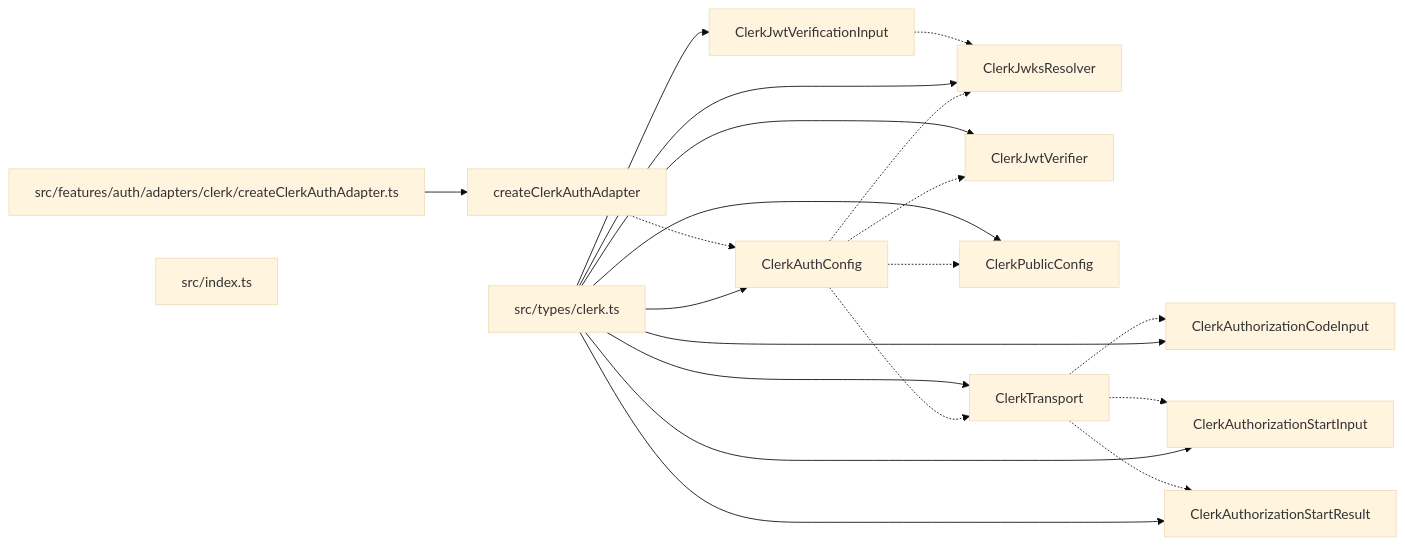
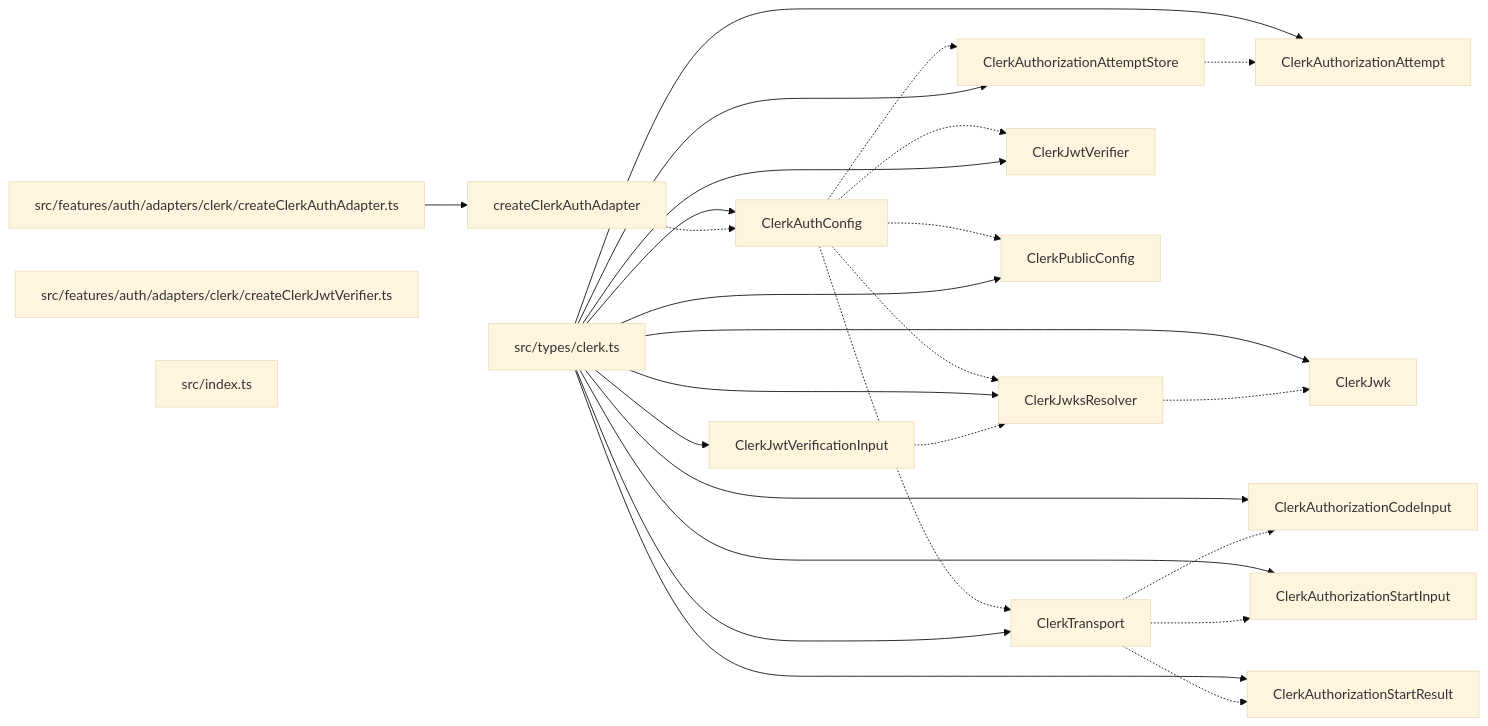
The diagram in paradox/diagrams/export-graph.mmd (ankhorage/auth-clerk), drawn with Mermaid (base theme) before and after one commit. The commit also changed 11 other files, not shown here.

```diff
--- a/paradox/diagrams/export-graph.mmd
+++ b/paradox/diagrams/export-graph.mmd
@@ -1,33 +1,43 @@
 graph LR
   module_src_features_auth_adapters_clerk_createClerkAuthAdapter_ts["src/features/auth/adapters/clerk/createClerkAuthAdapter.ts"]
+  module_src_features_auth_adapters_clerk_createClerkJwtVerifier_ts["src/features/auth/adapters/clerk/createClerkJwtVerifier.ts"]
   module_src_index_ts["src/index.ts"]
   module_src_types_clerk_ts["src/types/clerk.ts"]
   export_ClerkAuthConfig["ClerkAuthConfig"]
   module_src_types_clerk_ts --> export_ClerkAuthConfig
+  export_ClerkAuthConfig -.-> export_ClerkAuthorizationAttemptStore
   export_ClerkAuthConfig -.-> export_ClerkJwksResolver
   export_ClerkAuthConfig -.-> export_ClerkJwtVerifier
   export_ClerkAuthConfig -.-> export_ClerkPublicConfig
   export_ClerkAuthConfig -.-> export_ClerkTransport
+  export_ClerkAuthorizationAttempt["ClerkAuthorizationAttempt"]
+  module_src_types_clerk_ts --> export_ClerkAuthorizationAttempt
+  export_ClerkAuthorizationAttemptStore["ClerkAuthorizationAttemptStore"]
+  module_src_types_clerk_ts --> export_ClerkAuthorizationAttemptStore
+  export_ClerkAuthorizationAttemptStore -.-> export_ClerkAuthorizationAttempt
   export_ClerkAuthorizationCodeInput["ClerkAuthorizationCodeInput"]
   module_src_types_clerk_ts --> export_ClerkAuthorizationCodeInput
   export_ClerkAuthorizationStartInput["ClerkAuthorizationStartInput"]
   module_src_types_clerk_ts --> export_ClerkAuthorizationStartInput
   export_ClerkAuthorizationStartResult["ClerkAuthorizationStartResult"]
   module_src_types_clerk_ts --> export_ClerkAuthorizationStartResult
+  export_ClerkJwk["ClerkJwk"]
+  module_src_types_clerk_ts --> export_ClerkJwk
   export_ClerkJwksResolver["ClerkJwksResolver"]
   module_src_types_clerk_ts --> export_ClerkJwksResolver
+  export_ClerkJwksResolver -.-> export_ClerkJwk
   export_ClerkJwtVerificationInput["ClerkJwtVerificationInput"]
   module_src_types_clerk_ts --> export_ClerkJwtVerificationInput
   export_ClerkJwtVerificationInput -.-> export_ClerkJwksResolver
   export_ClerkJwtVerifier["ClerkJwtVerifier"]
   module_src_types_clerk_ts --> export_ClerkJwtVerifier
   export_ClerkPublicConfig["ClerkPublicConfig"]
   module_src_types_clerk_ts --> export_ClerkPublicConfig
   export_ClerkTransport["ClerkTransport"]
   module_src_types_clerk_ts --> export_ClerkTransport
   export_ClerkTransport -.-> export_ClerkAuthorizationCodeInput
   export_ClerkTransport -.-> export_ClerkAuthorizationStartInput
   export_ClerkTransport -.-> export_ClerkAuthorizationStartResult
   export_createClerkAuthAdapter["createClerkAuthAdapter"]
   module_src_features_auth_adapters_clerk_createClerkAuthAdapter_ts --> export_createClerkAuthAdapter
   export_createClerkAuthAdapter -.-> export_ClerkAuthConfig
```
